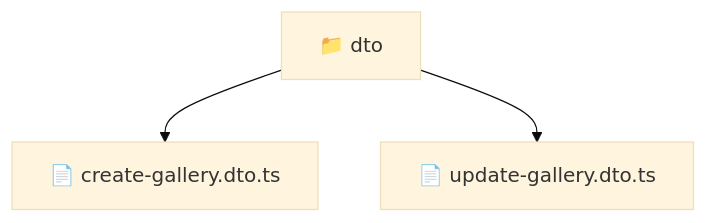
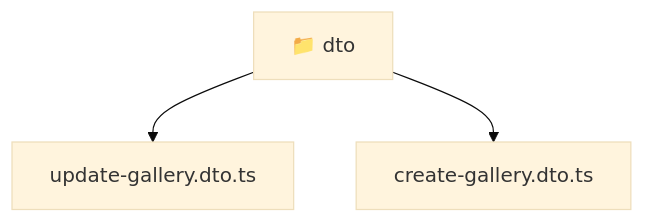
One commit to beginwebdev2002/fullstack-mavluda changed the diagram in backend/src/modules/gallery/presentation/dto/README.md. Above: the diagram before and after it, drawn with Mermaid (base theme). The commit also changed other lines of this file and 167 other files, not shown here.

````diff
--- a/backend/src/modules/gallery/presentation/dto/README.md
+++ b/backend/src/modules/gallery/presentation/dto/README.md
@@ -9,6 +9,8 @@
 ```mermaid
 graph TD
-  Root["📁 dto"]
-  Root --> create_gallery_dto_ts["📄 create-gallery.dto.ts"]
-  Root --> update_gallery_dto_ts["📄 update-gallery.dto.ts"]
+  Root_dto["📁 dto"]
+  f_update_gallery_dto_ts["update-gallery.dto.ts"]
+  Root_dto --> f_update_gallery_dto_ts
+  f_create_gallery_dto_ts["create-gallery.dto.ts"]
+  Root_dto --> f_create_gallery_dto_ts
 ```
````
